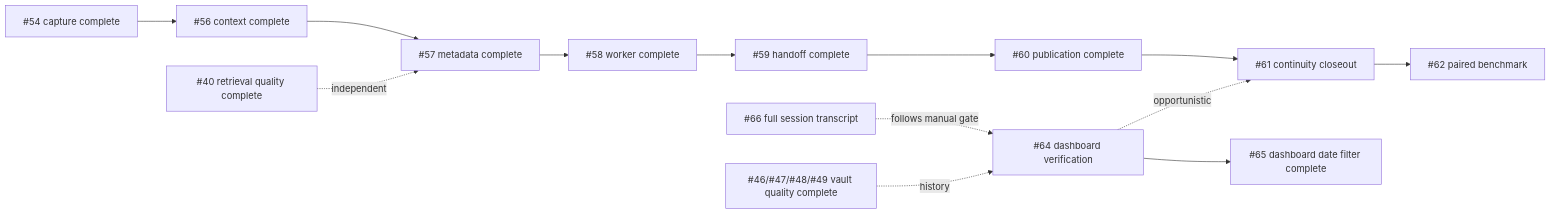
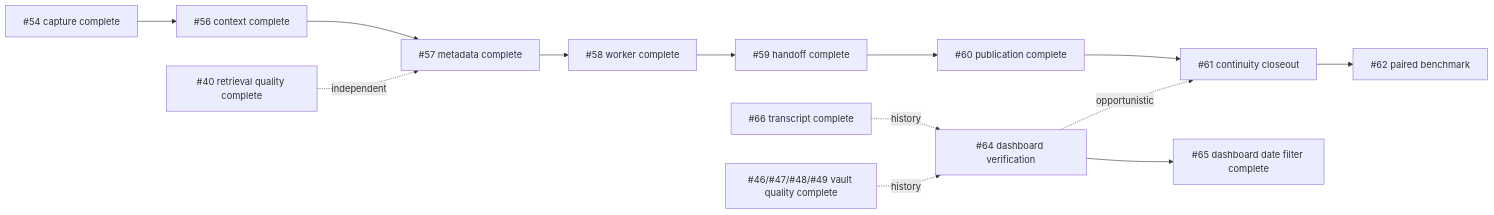
One commit to vib28/ai-memory-hub changed the diagram in docs/issue-priority-order.md. Above: the diagram before and after it, drawn with Mermaid. The commit also changed other lines of this file and 3 other files, not shown here.

````diff
--- a/docs/issue-priority-order.md
+++ b/docs/issue-priority-order.md
@@ -9,15 +9,15 @@
 ```mermaid
 flowchart LR
     P["#54 capture complete"] --> A["#56 context complete"]
     A --> B["#57 metadata complete"]
     B --> C["#58 worker complete"]
     C --> D["#59 handoff complete"]
     D --> E["#60 publication complete"]
     E --> F["#61 continuity closeout"]
     F --> G["#62 paired benchmark"]
     I["#40 retrieval quality complete"] -. independent .-> B
     J["#64 dashboard verification"] -. opportunistic .-> F
     J --> K["#65 dashboard date filter complete"]
-    L["#66 full session transcript"] -. follows manual gate .-> J
+    L["#66 transcript complete"] -. history .-> J
     M["#46/#47/#48/#49 vault quality complete"] -. history .-> J
 ```
````
